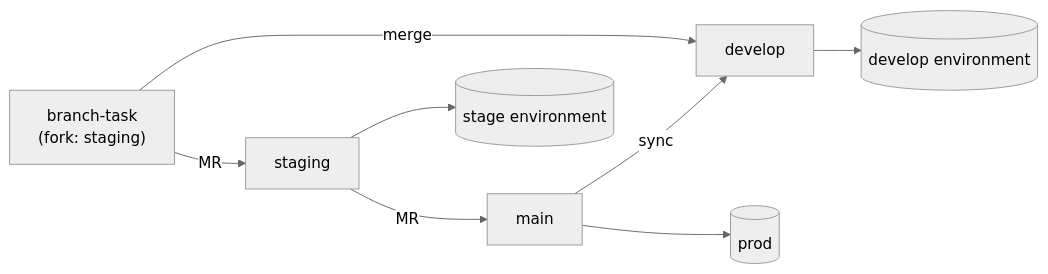
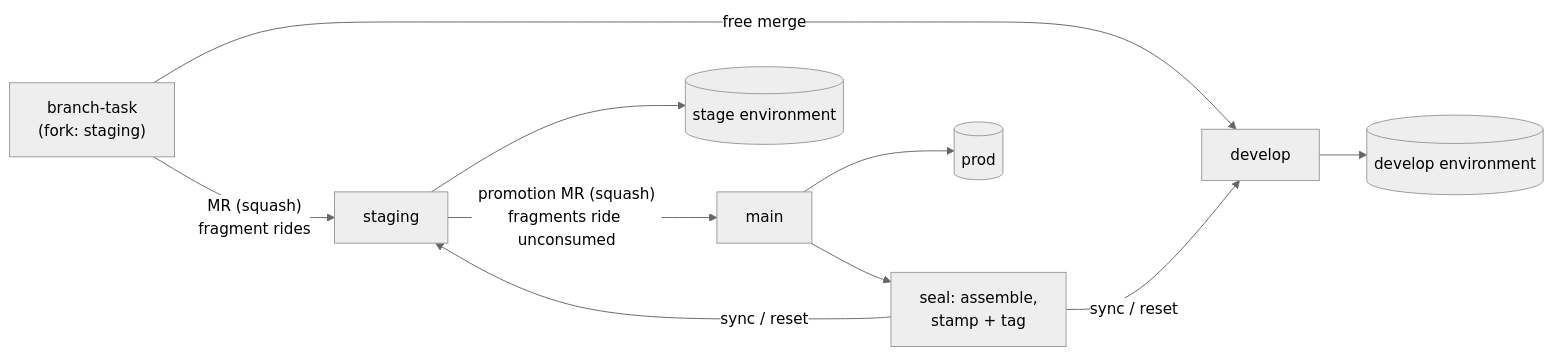
The diagram in standards/git-flow-standard/rule-2610082128.md (rosinfotech/standards), drawn with Mermaid (neutral theme) before and after one commit. The commit also changed other lines of this file and 48 other files, not shown here.

Commit message:
0.6.1: Changed: The stamp protocol moved to seal-on-main for variants #4-#5

````diff
--- a/standards/git-flow-standard/rule-2610082128.md
+++ b/standards/git-flow-standard/rule-2610082128.md
@@ -49,10 +49,12 @@
   ```mermaid
   flowchart LR
-      T["branch-task<br>(fork: staging)"] -->|"merge"| D["develop"]
-      T -->|"MR"| S["staging"]
-      S -->|"MR"| M["main"]
-      M -->|"sync"| D
+      T["branch-task<br>(fork: staging)"] -->|"free merge"| D["develop"]
+      T -->|"MR (squash)<br>fragment rides"| S1["staging"]
+      S1 -->|"promotion MR (squash)<br>fragments ride unconsumed"| M["main"]
+      M --> S2["seal: assemble,<br>stamp + tag"]
+      S2 -->|"sync / reset"| D
+      S2 -->|"sync / reset"| S1
       D --> DE[("develop environment")]
-      S --> SE[("stage environment")]
+      S1 --> SE[("stage environment")]
       M --> PE[("prod")]
   ```
````
